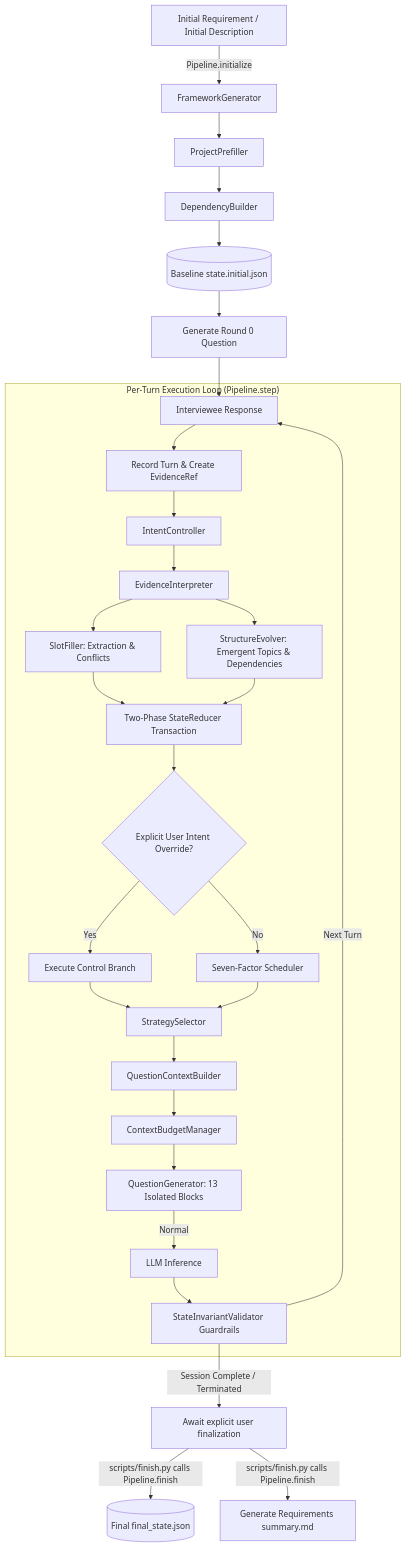
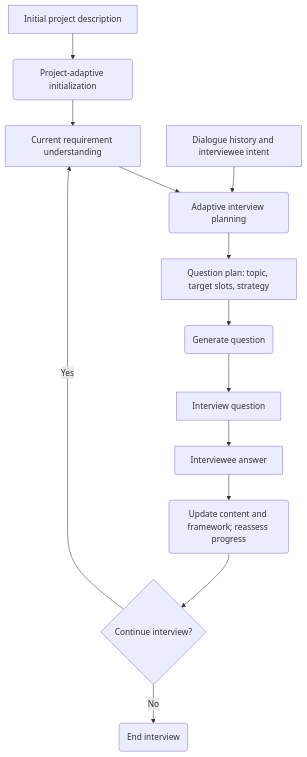
One commit to EchoAran/ElicitMind changed the diagram in README.md. Above: the diagram before and after it, drawn with Mermaid. The commit also changed other lines of this file and 1 other file, not shown here.

````diff
--- a/README.md
+++ b/README.md
@@ -48,33 +48,15 @@
 ```mermaid
 flowchart TD
-    A[Initial Requirement / Initial Description] -->|Pipeline.initialize| B[FrameworkGenerator]
-    B --> C[ProjectPrefiller]
-    C --> D[DependencyBuilder]
-    D --> E[(Baseline state.initial.json)]
-
-    E --> F[Generate Round 0 Question]
-    F --> G[Interviewee Response]
-
-    subgraph "Per-Turn Execution Loop (Pipeline.step)"
-        G --> H[Record Turn & Create EvidenceRef]
-        H --> I[IntentController]
-        I --> J[EvidenceInterpreter]
-        J --> K[SlotFiller: Extraction & Conflicts]
-        J --> L[StructureEvolver: Emergent Topics & Dependencies]
-        K & L --> M[Two-Phase StateReducer Transaction]
-        M --> N{Explicit User Intent Override?}
-        N -- Yes --> O[Execute Control Branch]
-        N -- No --> P[Seven-Factor Scheduler]
-        O & P --> Q[StrategySelector]
-        Q --> R[QuestionContextBuilder]
-        R --> S[ContextBudgetManager]
-        S --> T[QuestionGenerator: 13 Isolated Blocks]
-        T -->|Normal| V[LLM Inference]
-        V --> W[StateInvariantValidator Guardrails]
-    end
-
-    W -->|Next Turn| G
-    W -->|Session Complete / Terminated| X[Await explicit user finalization]
-    X -->|scripts/finish.py calls Pipeline.finish| Y[(Final final_state.json)]
-    X -->|scripts/finish.py calls Pipeline.finish| Z[Generate Requirements summary.md]
+    I[Initial project description] --> A(Project-adaptive initialization)
+    A --> U[Current requirement understanding]
+    U --> B(Adaptive interview planning)
+    H[Dialogue history and interviewee intent] --> B
+    B --> P[Question plan: topic, target slots, strategy]
+    P --> G(Generate question)
+    G --> Q[Interview question]
+    Q --> R[Interviewee answer]
+    R --> C(Update content and framework; reassess progress)
+    C --> D{Continue interview?}
+    D -- Yes --> U
+    D -- No --> F(End interview)
 ```
````
